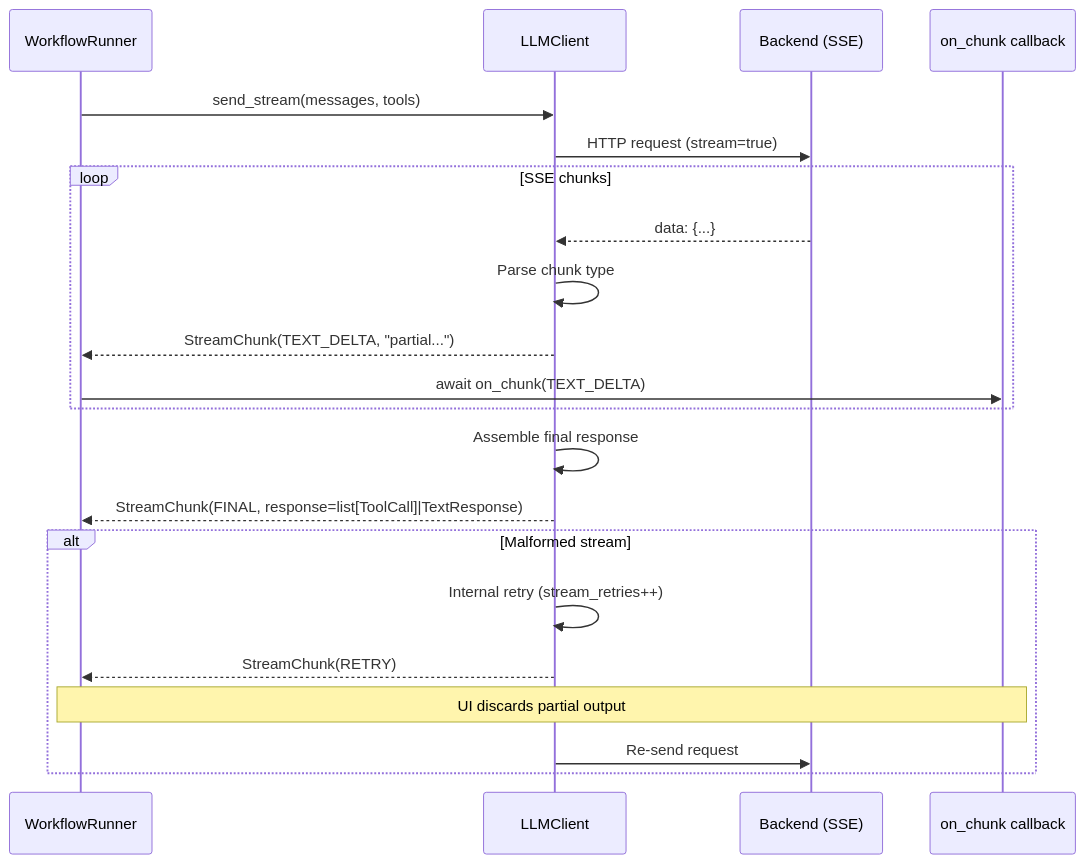
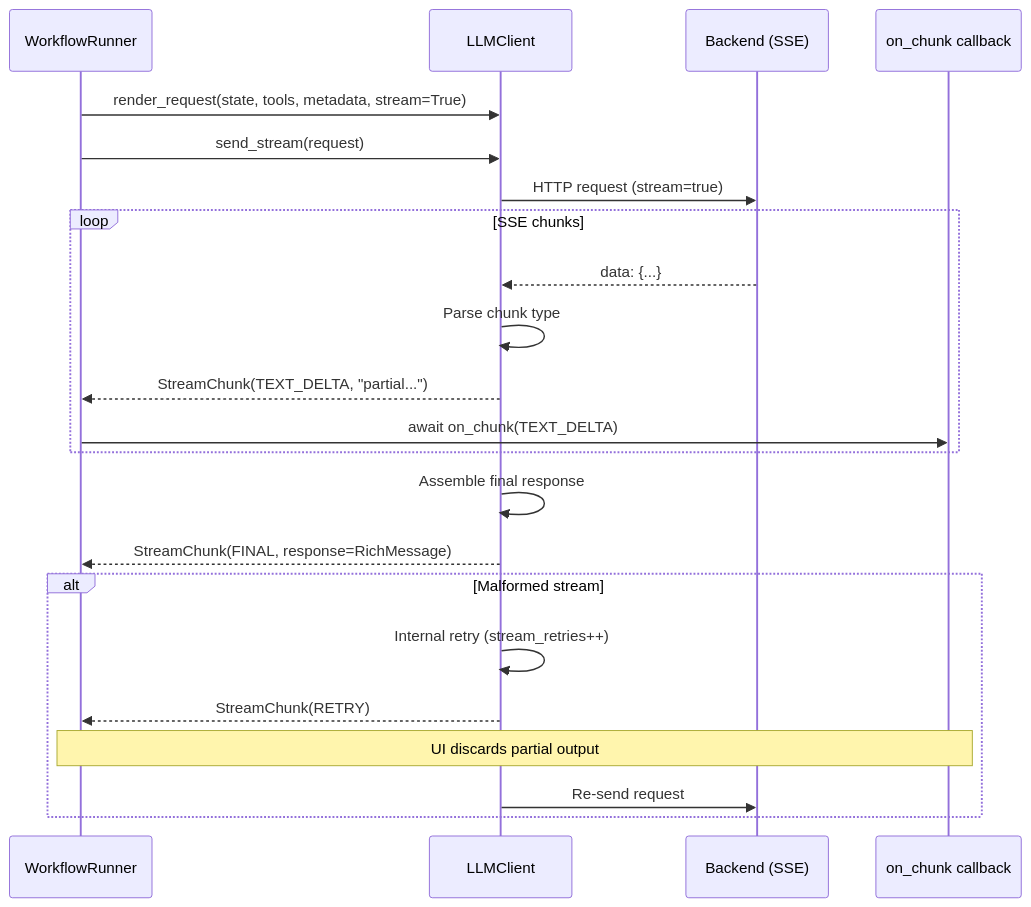
One commit to antoinezambelli/forge changed the fifth of 7 diagrams in docs/WORKFLOW.md. Above: the diagram before and after it, drawn with Mermaid. The commit also changed other lines of this file and 17 other files, not shown here.

````diff
--- a/docs/WORKFLOW.md
+++ b/docs/WORKFLOW.md
@@ -286,27 +235,28 @@
 ```mermaid
 sequenceDiagram
     participant R as WorkflowRunner
     participant C as LLMClient
     participant API as Backend (SSE)
     participant UI as on_chunk callback
 
-    R->>C: send_stream(messages, tools)
+    R->>C: render_request(state, tools, metadata, stream=True)
+    R->>C: send_stream(request)
     C->>API: HTTP request (stream=true)
 
     loop SSE chunks
         API-->>C: data: {...}
         C->>C: Parse chunk type
         C-->>R: StreamChunk(TEXT_DELTA, "partial...")
         R->>UI: await on_chunk(TEXT_DELTA)
     end
 
     C->>C: Assemble final response
-    C-->>R: StreamChunk(FINAL, response=list[ToolCall]|TextResponse)
+    C-->>R: StreamChunk(FINAL, response=RichMessage)
 
     alt Malformed stream
         C->>C: Internal retry (stream_retries++)
         C-->>R: StreamChunk(RETRY)
         Note over R,UI: UI discards partial output
         C->>API: Re-send request
     end
 ```
````
